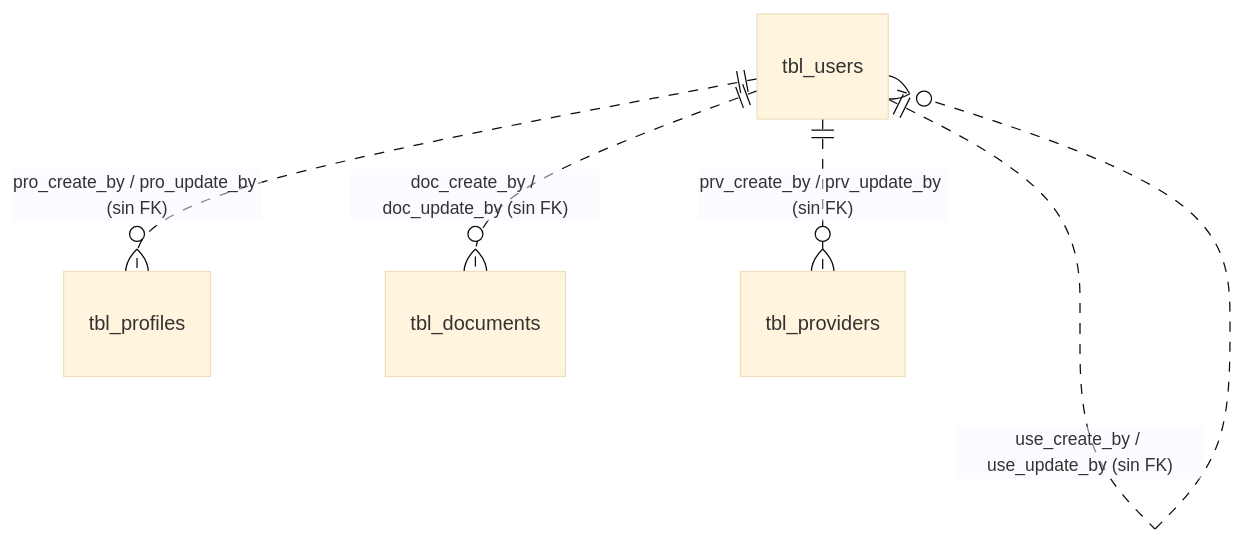
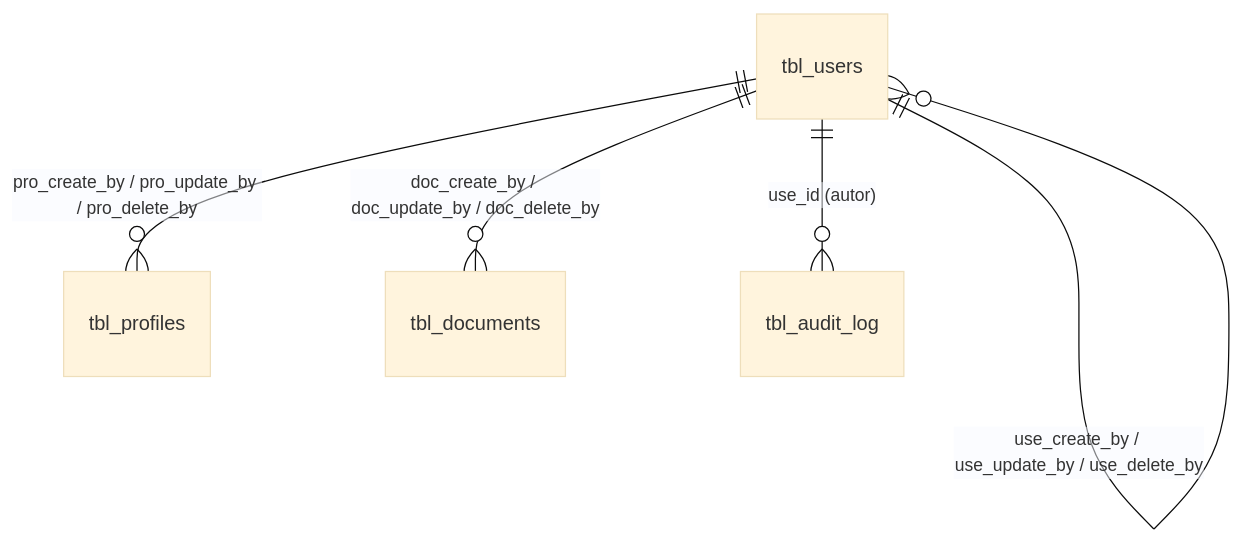
Before and after one commit to andres9207/WEBPAC-INTERVE: the diagram in docs/adr/0013-auditoria-trazabilidad.md, drawn with Mermaid (base theme). The commit also changed other lines of this file and 28 other files, not shown here.

````diff
--- a/docs/adr/0013-auditoria-trazabilidad.md
+++ b/docs/adr/0013-auditoria-trazabilidad.md
@@ -233,7 +198,7 @@
 ```mermaid
 erDiagram
-    tbl_users ||..o{ tbl_profiles : "pro_create_by / pro_update_by (sin FK)"
-    tbl_users ||..o{ tbl_documents : "doc_create_by / doc_update_by (sin FK)"
-    tbl_users ||..o{ tbl_providers : "prv_create_by / prv_update_by (sin FK)"
-    tbl_users ||..o{ tbl_users : "use_create_by / use_update_by (sin FK)"
+    tbl_users ||--o{ tbl_users : "use_create_by / use_update_by / use_delete_by"
+    tbl_users ||--o{ tbl_profiles : "pro_create_by / pro_update_by / pro_delete_by"
+    tbl_users ||--o{ tbl_documents : "doc_create_by / doc_update_by / doc_delete_by"
+    tbl_users ||--o{ tbl_audit_log : "use_id (autor)"
 ```
````
